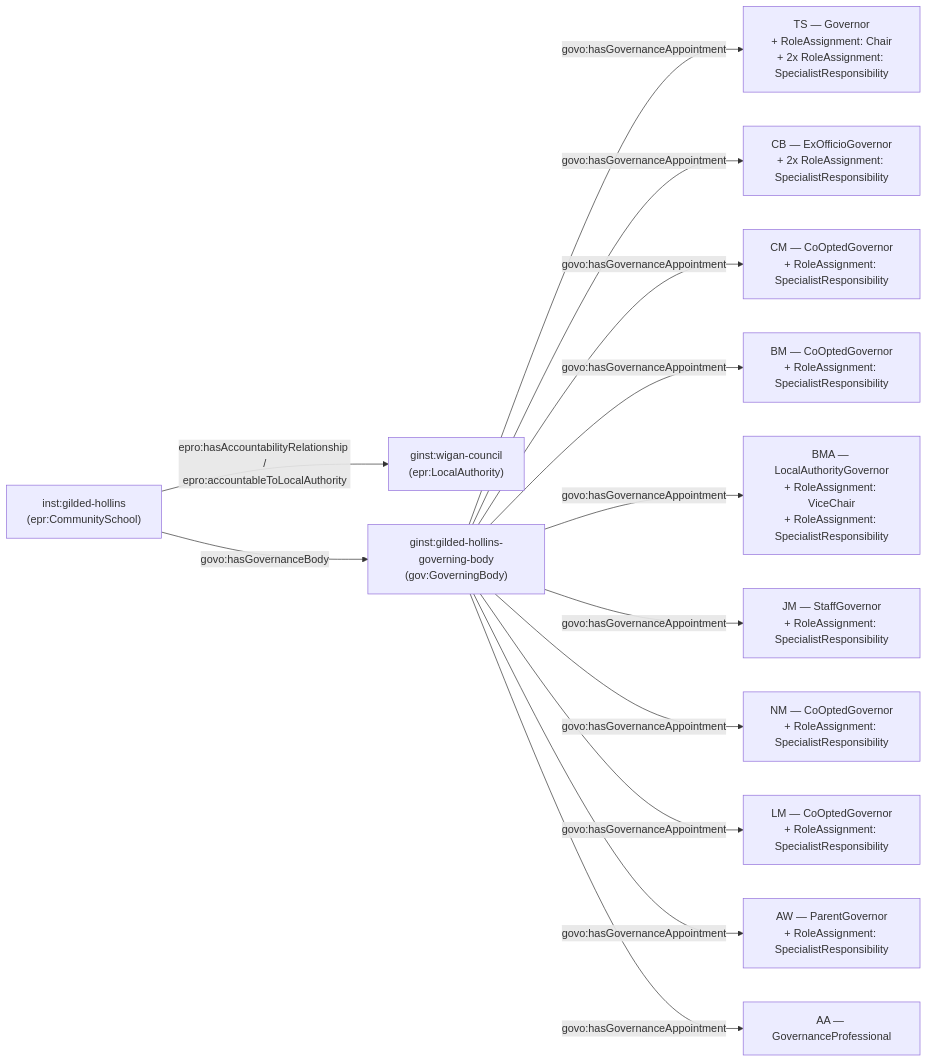
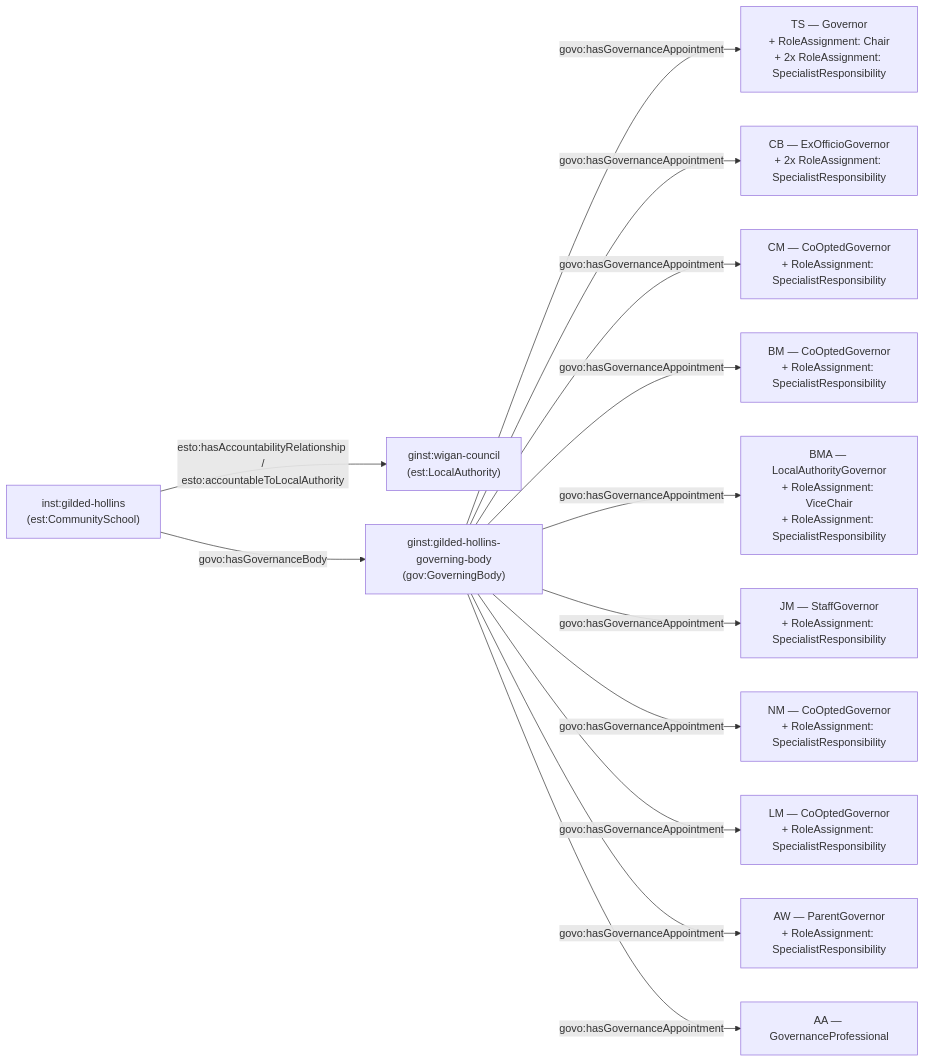
One commit to DFE-Digital/education-provider-registry-docs changed the second of 2 diagrams in docs-site/content/models/governance/worked-examples/gilded-hollins/index.md. Above: the diagram before and after it, drawn with Mermaid. The commit also changed other lines of this file and 42 other files, not shown here.

````diff
--- a/docs-site/content/models/governance/worked-examples/gilded-hollins/index.md
+++ b/docs-site/content/models/governance/worked-examples/gilded-hollins/index.md
@@ -79,20 +79,20 @@
 ```mermaid
 flowchart LR
-    LA["ginst:wigan-council<br/>(epr:LocalAuthority)"]
-    S["inst:gilded-hollins<br/>(epr:CommunitySchool)"]
+    LA["ginst:wigan-council<br/>(est:LocalAuthority)"]
+    S["inst:gilded-hollins<br/>(est:CommunitySchool)"]
     GB["ginst:gilded-hollins-governing-body<br/>(gov:GoverningBody)"]
 
-    S -->|"epro:hasAccountabilityRelationship /<br/>epro:accountableToLocalAuthority"| LA
+    S -->|"esto:hasAccountabilityRelationship /<br/>esto:accountableToLocalAuthority"| LA
     S -->|govo:hasGovernanceBody| GB
 
     GB -->|govo:hasGovernanceAppointment| G1["TS — Governor<br/>+ RoleAssignment: Chair<br/>+ 2x RoleAssignment: SpecialistResponsibility"]
     GB -->|govo:hasGovernanceAppointment| G2["CB — ExOfficioGovernor<br/>+ 2x RoleAssignment: SpecialistResponsibility"]
     GB -->|govo:hasGovernanceAppointment| G3["CM — CoOptedGovernor<br/>+ RoleAssignment: SpecialistResponsibility"]
     GB -->|govo:hasGovernanceAppointment| G4["BM — CoOptedGovernor<br/>+ RoleAssignment: SpecialistResponsibility"]
     GB -->|govo:hasGovernanceAppointment| G5["BMA — LocalAuthorityGovernor<br/>+ RoleAssignment: ViceChair<br/>+ RoleAssignment: SpecialistResponsibility"]
     GB -->|govo:hasGovernanceAppointment| G6["JM — StaffGovernor<br/>+ RoleAssignment: SpecialistResponsibility"]
     GB -->|govo:hasGovernanceAppointment| G7["NM — CoOptedGovernor<br/>+ RoleAssignment: SpecialistResponsibility"]
     GB -->|govo:hasGovernanceAppointment| G8["LM — CoOptedGovernor<br/>+ RoleAssignment: SpecialistResponsibility"]
     GB -->|govo:hasGovernanceAppointment| G9["AW — ParentGovernor<br/>+ RoleAssignment: SpecialistResponsibility"]
     GB -->|govo:hasGovernanceAppointment| P1["AA — GovernanceProfessional"]
 ```
````
